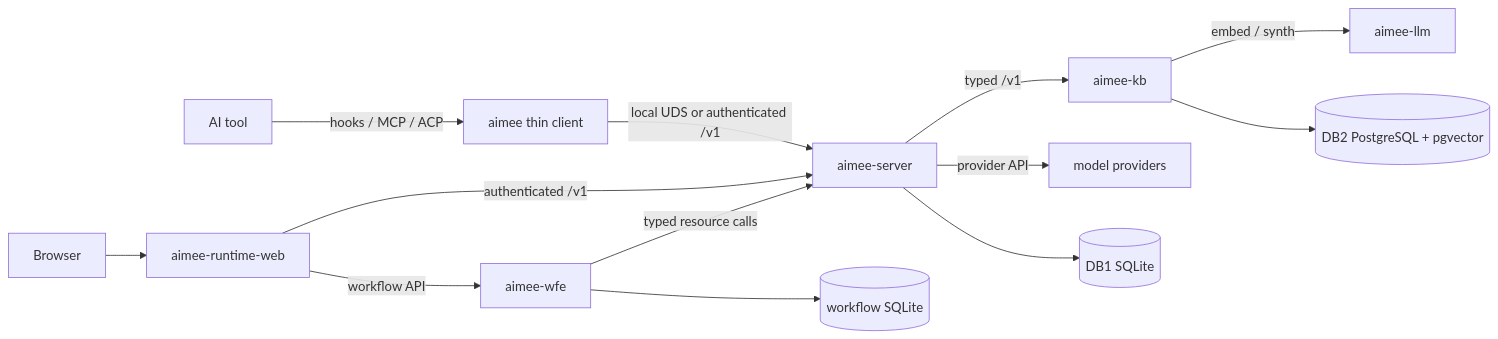
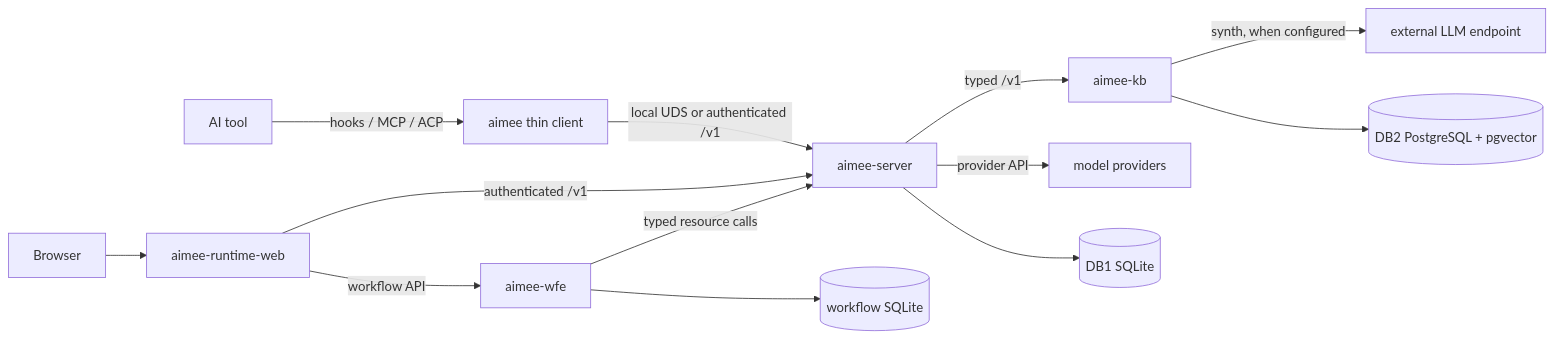
The first of 2 diagrams in docs/ARCHITECTURE.md (RakuenSoftware/aimee), drawn with Mermaid before and after one commit. The commit also changed other lines of this file and 12 other files, not shown here.

````diff
--- a/docs/ARCHITECTURE.md
+++ b/docs/ARCHITECTURE.md
@@ -9,15 +9,15 @@
 ```mermaid
 flowchart LR
     T[AI tool] -->|hooks / MCP / ACP| C[aimee thin client]
     B[Browser] --> W[aimee-runtime-web]
     C -->|local UDS or authenticated /v1| S[aimee-server]
     W -->|authenticated /v1| S
     W -->|workflow API| F[aimee-wfe]
     F -->|typed resource calls| S
     S -->|typed /v1| K[aimee-kb]
     S -->|provider API| P[model providers]
-    K -->|embed / synth| L[aimee-llm]
+    K -->|synth, when configured| X[external LLM endpoint]
     S --> D1[(DB1 SQLite)]
     F --> WF[(workflow SQLite)]
     K --> D2[(DB2 PostgreSQL + pgvector)]
 ```
````
